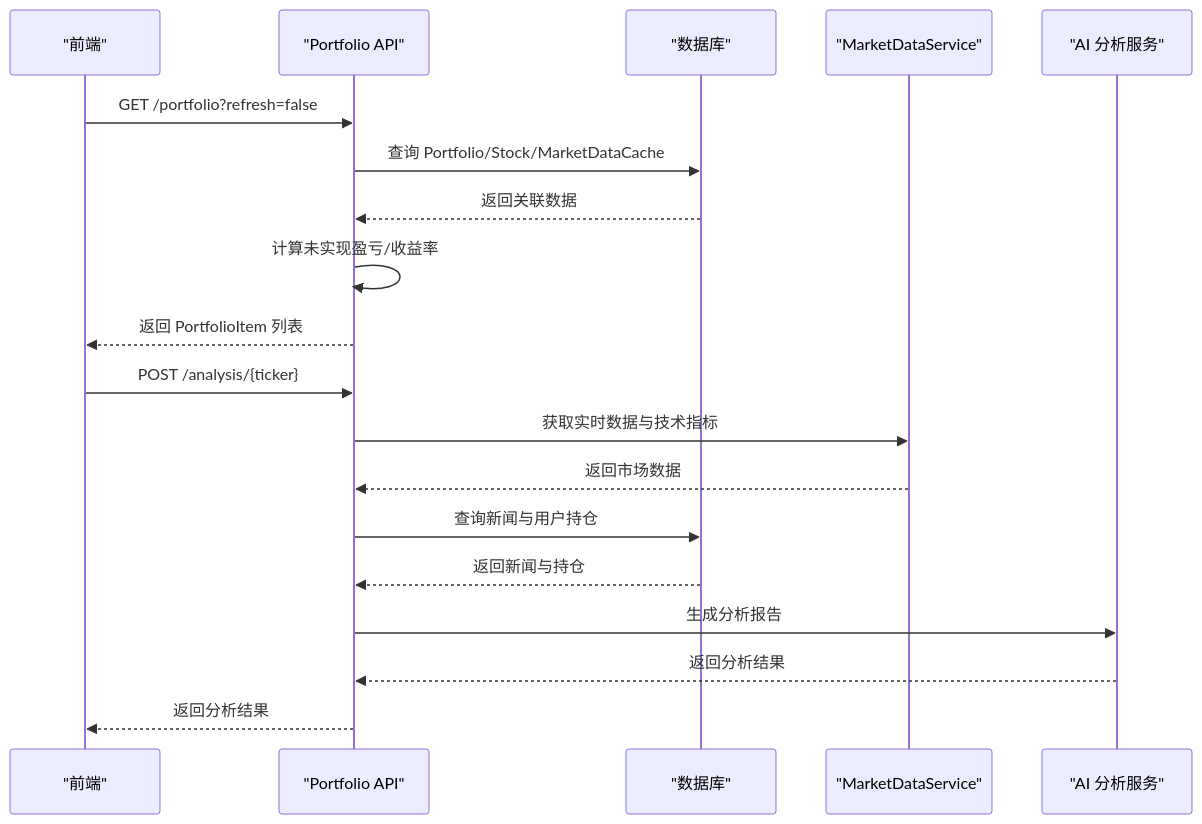
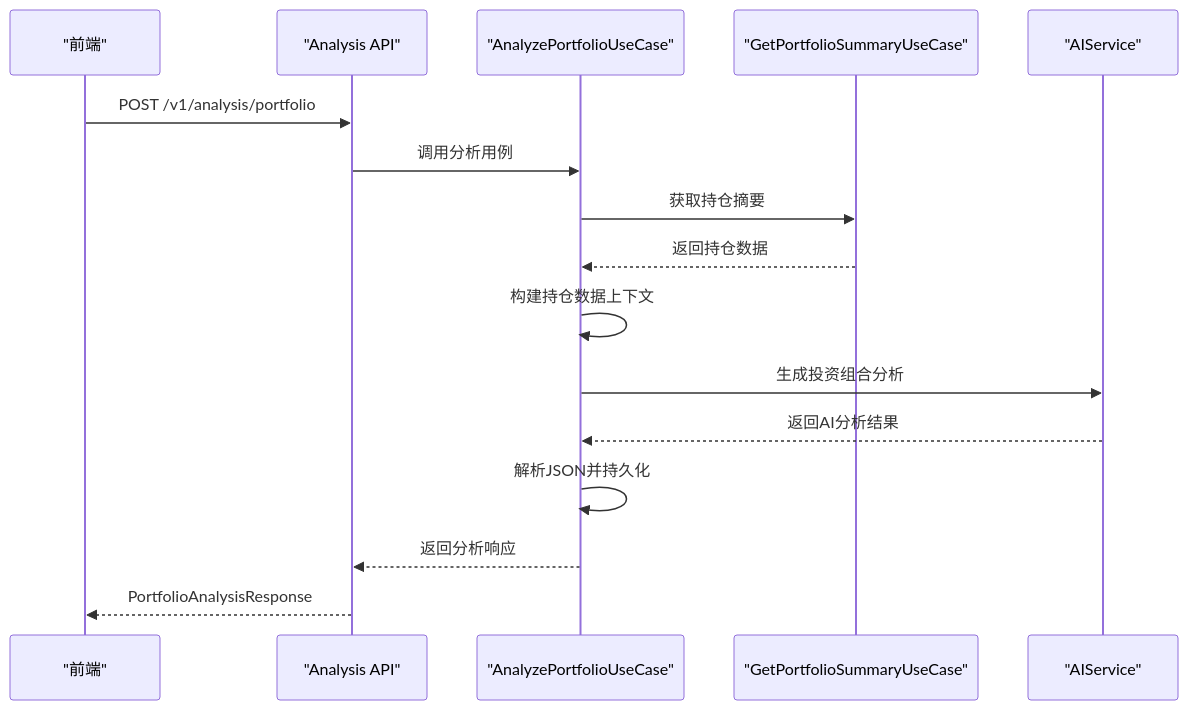
One commit to breeze-lyf/ai-stock-advisor changed the second of 4 diagrams in .qoder/repowiki/zh/content/投资组合管理/投资组合分析.md. Above: the diagram before and after it, drawn with Mermaid. The commit also changed other lines of this file and 30 other files, not shown here.

Commit message:
feat: Migrate AI model preference from Gemini to DeepSeek-v3, increase AI service timeout, and add stock snapshot API.

````diff
--- a/.qoder/repowiki/zh/content/投资组合管理/投资组合分析.md
+++ b/.qoder/repowiki/zh/content/投资组合管理/投资组合分析.md
@@ -124,21 +125,18 @@
 ```mermaid
 sequenceDiagram
 participant FE as "前端"
-participant API as "Portfolio API"
-participant DB as "数据库"
-participant SVC as "MarketDataService"
-participant AI as "AI 分析服务"
-FE->>API : GET /portfolio?refresh=false
-API->>DB : 查询 Portfolio/Stock/MarketDataCache
-DB-->>API : 返回关联数据
-API->>API : 计算未实现盈亏/收益率
-API-->>FE : 返回 PortfolioItem 列表
-FE->>API : POST /analysis/{ticker}
-API->>SVC : 获取实时数据与技术指标
-SVC-->>API : 返回市场数据
-API->>DB : 查询新闻与用户持仓
-DB-->>API : 返回新闻与持仓
-API->>AI : 生成分析报告
-AI-->>API : 返回分析结果
-API-->>FE : 返回分析结果
+participant API as "Analysis API"
+participant UC as "AnalyzePortfolioUseCase"
+participant QP as "GetPortfolioSummaryUseCase"
+participant SVC as "AIService"
+FE->>API : POST /v1/analysis/portfolio
+API->>UC : 调用分析用例
+UC->>QP : 获取持仓摘要
+QP-->>UC : 返回持仓数据
+UC->>UC : 构建持仓数据上下文
+UC->>SVC : 生成投资组合分析
+SVC-->>UC : 返回AI分析结果
+UC->>UC : 解析JSON并持久化
+UC-->>API : 返回分析响应
+API-->>FE : PortfolioAnalysisResponse
 ```
````
